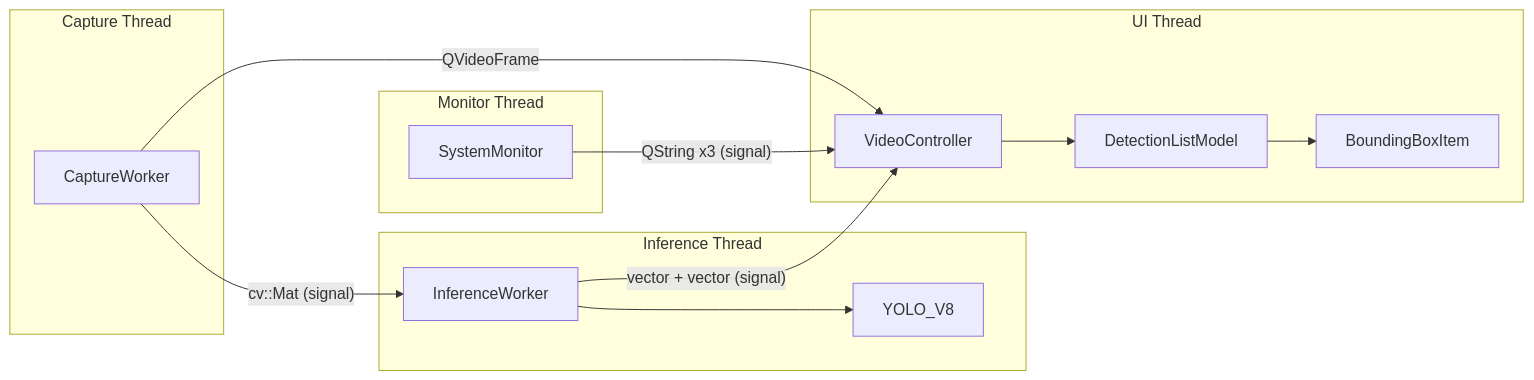
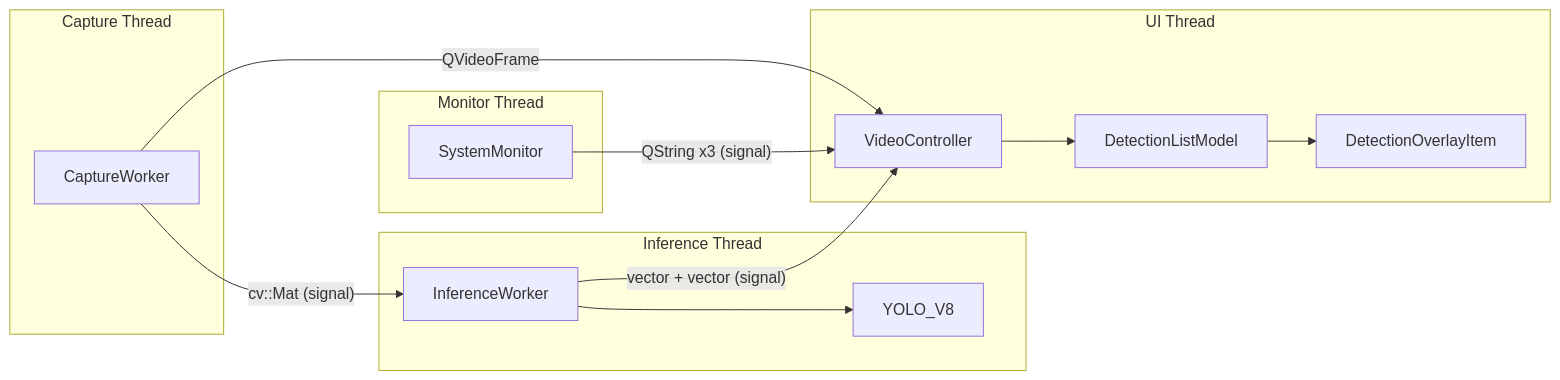
One commit to andhiyaulhaq/QtQML-YOLOApp changed the diagram in docs/memory-and-dataflow-analysis.md. Above: the diagram before and after it, drawn with Mermaid. The commit also changed other lines of this file and 9 other files, not shown here.

First line of the commit message:
refactor: rename BoundingBoxItem to DetectionOverlayItem

````diff
--- a/docs/memory-and-dataflow-analysis.md
+++ b/docs/memory-and-dataflow-analysis.md
@@ -11,25 +11,25 @@
 ```mermaid
 graph LR
     subgraph "Capture Thread"
         CW[CaptureWorker]
     end
     subgraph "Inference Thread"
         IW[InferenceWorker]
         YOLO[YOLO_V8]
     end
     subgraph "UI Thread"
         VC[VideoController]
         DM[DetectionListModel]
-        BB[BoundingBoxItem]
+        BB[DetectionOverlayItem]
     end
     subgraph "Monitor Thread"
         SM[SystemMonitor]
     end
 
     CW -- "cv::Mat (signal)" --> IW
     CW -- "QVideoFrame" --> VC
     IW --> YOLO
     IW -- "vector<DL_RESULT> + vector<string> (signal)" --> VC
     VC --> DM --> BB
     SM -- "QString x3 (signal)" --> VC
 ```
````
